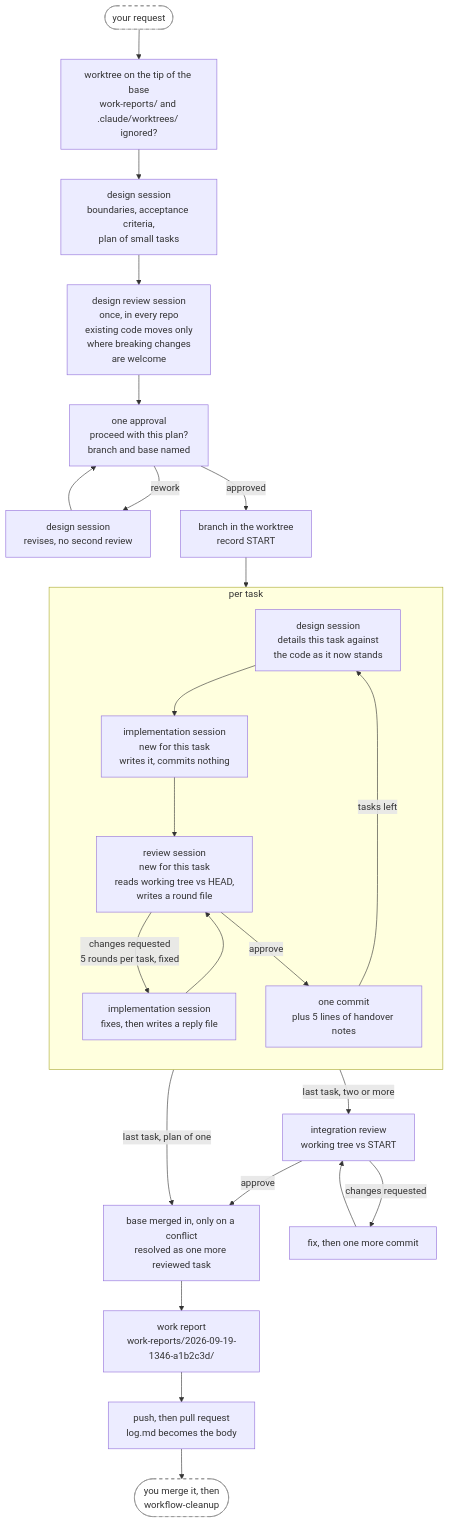
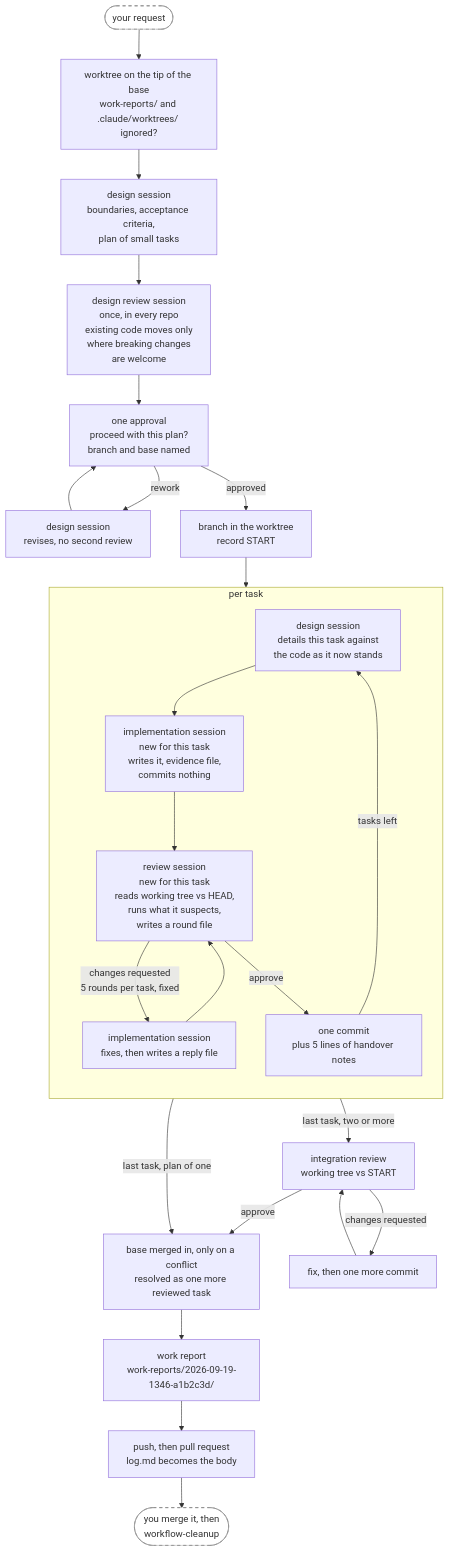
The second of 4 diagrams in plugins/annetaan/README.md (annetaan/claude-plugins), drawn with Mermaid before and after one commit. The commit also changed other lines of this file and 2 other files, not shown here.

````diff
--- a/plugins/annetaan/README.md
+++ b/plugins/annetaan/README.md
@@ -152,34 +159,34 @@
 ```mermaid
 flowchart TD
     req(["your request"]) --> wt["worktree on the tip of the base<br/>work-reports/ and .claude/worktrees/ ignored?"] --> design["design session<br/>boundaries, acceptance criteria,<br/>plan of small tasks"]
     design --> dreview["design review session<br/>once, in every repo<br/>existing code moves only<br/>where breaking changes<br/>are welcome"] --> ask["one approval<br/>proceed with this plan?<br/>branch and base named"]
     ask -->|rework| redo["design session<br/>revises, no second review"] --> ask
     ask -->|approved| setup["branch in the worktree<br/>record START"]
     setup --> detail
 
     subgraph task["per task"]
         direction TB
         detail["design session<br/>details this task against<br/>the code as it now stands"]
-        impl["implementation session<br/>new for this task<br/>writes it, commits nothing"]
-        review["review session<br/>new for this task<br/>reads working tree vs HEAD,<br/>writes a round file"]
+        impl["implementation session<br/>new for this task<br/>writes it, evidence file,<br/>commits nothing"]
+        review["review session<br/>new for this task<br/>reads working tree vs HEAD,<br/>runs what it suspects,<br/>writes a round file"]
         respond["implementation session<br/>fixes, then writes a reply file"]
         commit["one commit<br/>plus 5 lines of handover notes"]
         detail --> impl --> review
         review -->|"changes requested<br/>5 rounds per task, fixed"| respond
         respond --> review
         review -->|approve| commit
         commit -->|tasks left| detail
     end
 
     commit -->|"last task, two or more"| integ["integration review<br/>working tree vs START"]
     commit -->|"last task, plan of one"| sync
     integ -->|changes requested| integfix["fix, then one more commit"]
     integfix --> integ
     integ -->|approve| sync["base merged in, only on a conflict<br/>resolved as one more reviewed task"]
     sync --> report["work report<br/>work-reports/2026-09-19-1346-a1b2c3d/"]
     report --> pr["push, then pull request<br/>log.md becomes the body"]
     pr --> clean(["you merge it, then<br/>workflow-cleanup"])
 
     classDef human fill:#fff,stroke:#888,stroke-dasharray: 5 5
     class req,clean human
 ```
````
